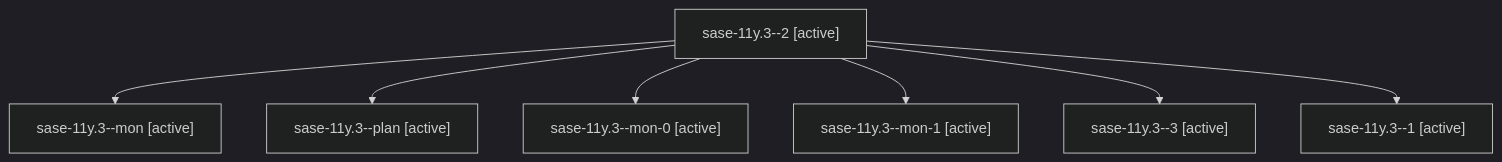
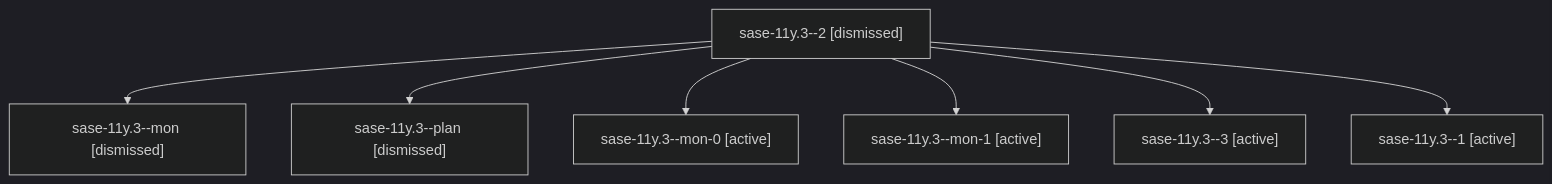
One commit to sase-org/sase--agents changed the diagram in sessions/bbugyi200.athena.sase-11y.3.md. Above: the diagram before and after it, drawn with Mermaid (dark theme). The commit also changed other lines of this file and 252 other files, not shown here.

````diff
--- a/sessions/bbugyi200.athena.sase-11y.3.md
+++ b/sessions/bbugyi200.athena.sase-11y.3.md
@@ -9,16 +9,16 @@
 ```mermaid
 flowchart TD
-  n0["sase-11y.3--2 [active]"]
-  n1["sase-11y.3--mon [active]"]
+  n0["sase-11y.3--2 [dismissed]"]
+  n1["sase-11y.3--mon [dismissed]"]
   n0 --> n1
-  n2["sase-11y.3--plan [active]"]
+  n2["sase-11y.3--plan [dismissed]"]
   n0 --> n2
   n3["sase-11y.3--mon-0 [active]"]
   n0 --> n3
   n4["sase-11y.3--mon-1 [active]"]
   n0 --> n4
   n5["sase-11y.3--3 [active]"]
   n0 --> n5
   n6["sase-11y.3--1 [active]"]
   n0 --> n6
 ```
````
